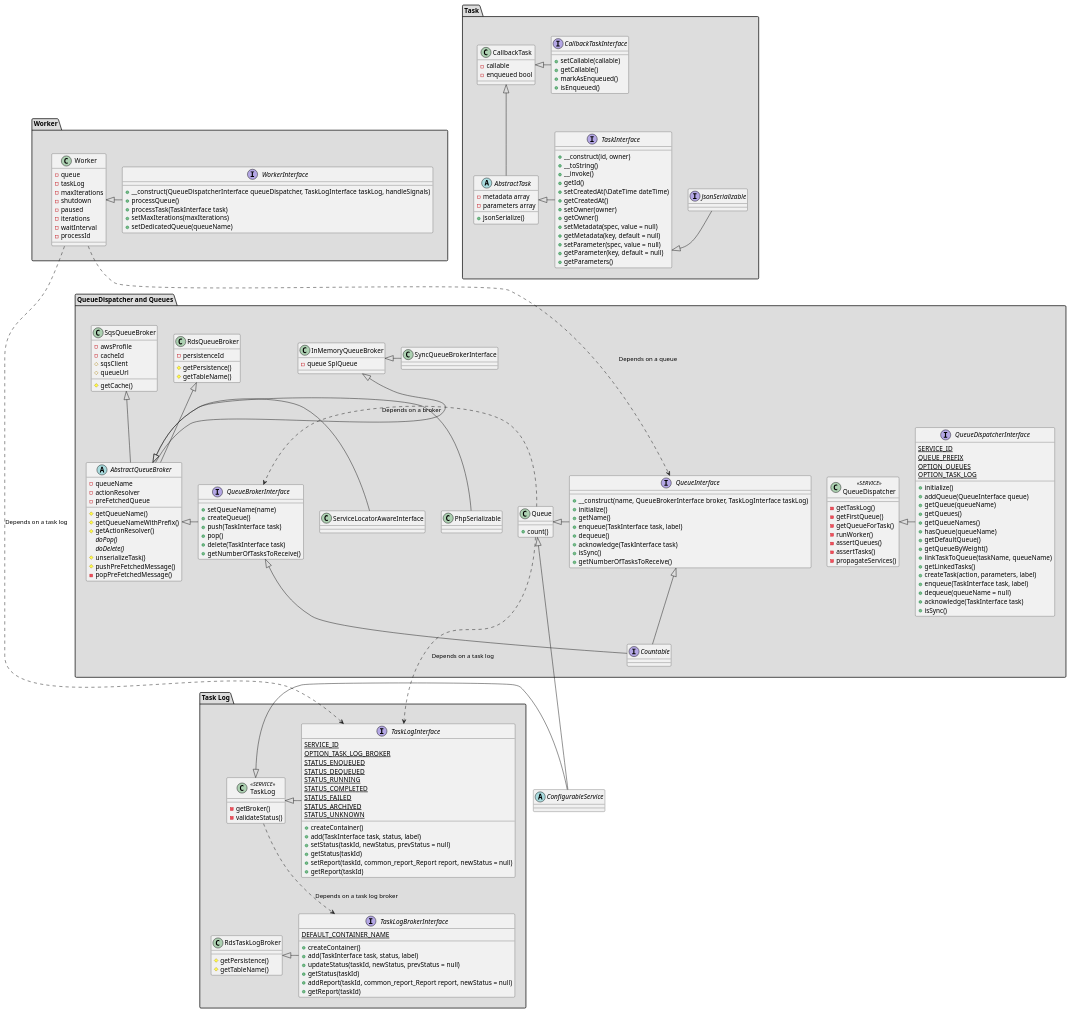
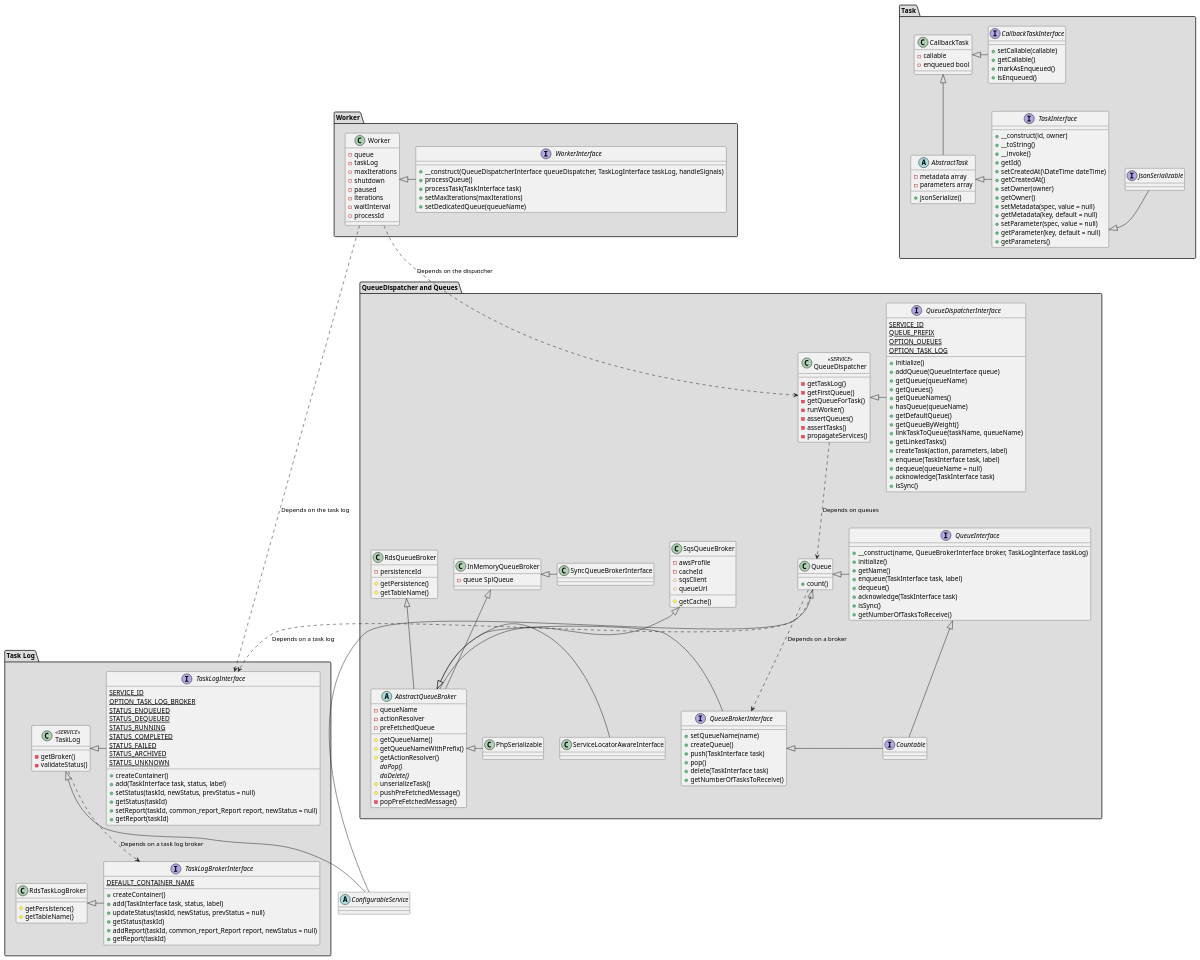
Before and after one commit to tao-forge/package-tao: the diagram in taoTaskQueue/doc/task_queue.puml, drawn with PlantUML. The commit also changed 1 other file, not shown here.

Commit message:
TAO-5173 add class diagram

```diff
--- a/taoTaskQueue/doc/task_queue.puml
+++ b/taoTaskQueue/doc/task_queue.puml
@@ -144,6 +144,8 @@
 
         QueueDispatcher <|- QueueDispatcherInterface
 
+        QueueDispatcher ..> Queue : Depends on queues
+
         class Queue {
             +count()
         }
@@ -228,14 +230,11 @@
         }
 
         Worker <|- WorkerInterface
-        Worker ..> QueueInterface : Depends on a queue
-        Worker ..> TaskLogInterface : Depends on a task log
+        Worker ..> QueueDispatcher : Depends on the dispatcher
+        Worker ..> TaskLogInterface : Depends on the task log
     }
 }
 
 TaskInterface -[hidden]--> Queue
-Queue -[hidden]--> TaskLogInterface
-Worker -[hidden]> JsonSerializable
-ConfigurableService -[hidden]> TaskLogInterface
 
 @enduml
```
